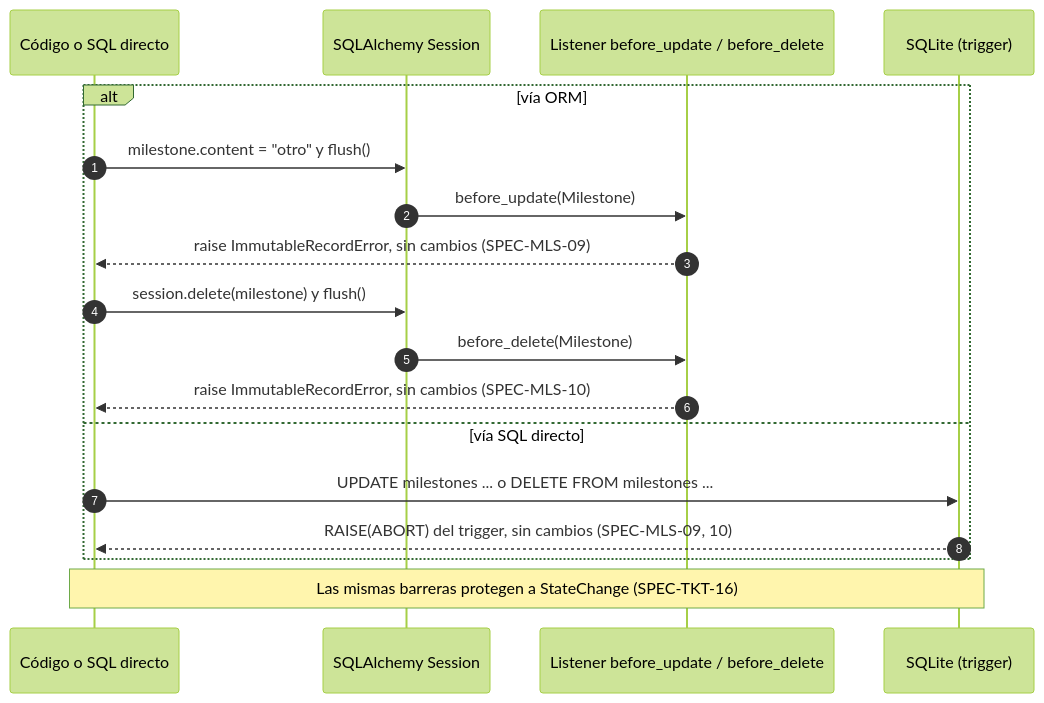
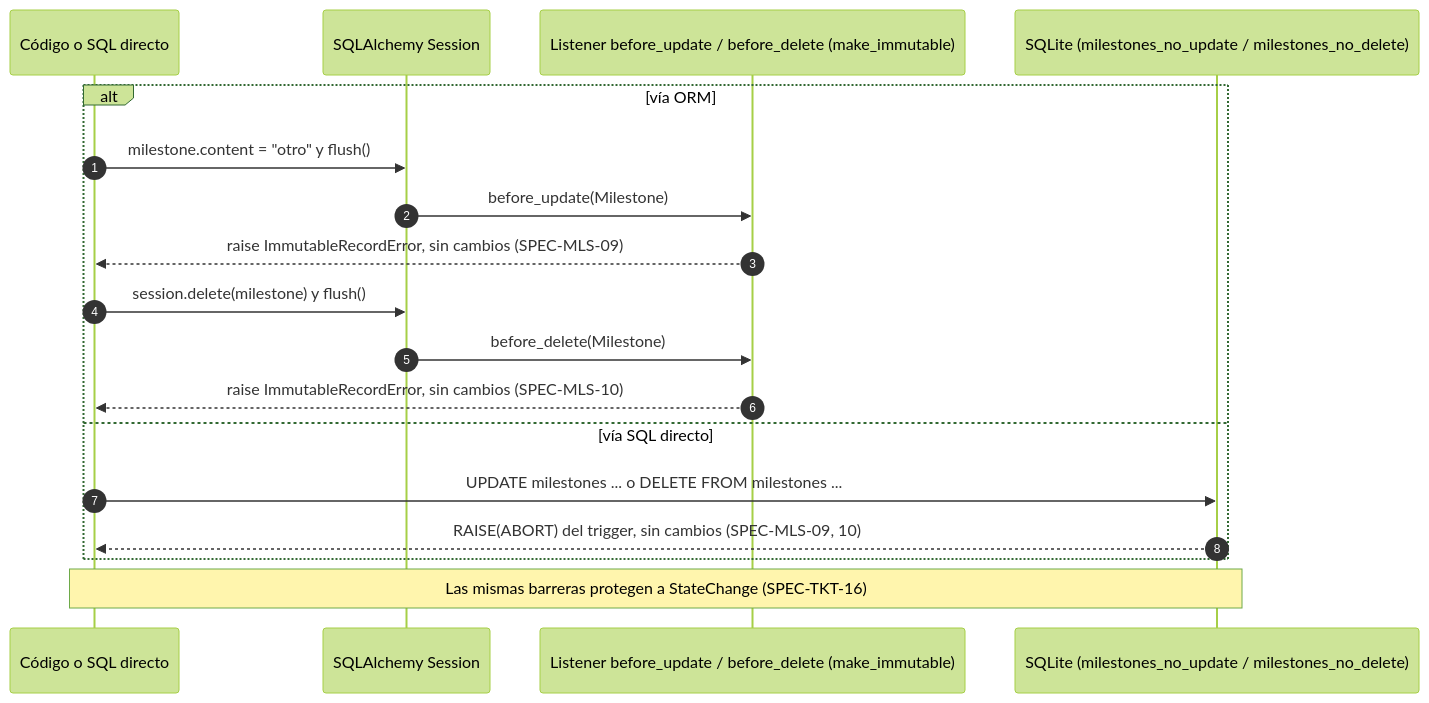
One commit to Diazfe-dev/AyED-III-python-ticket-service changed the fourth of 4 diagrams in diagrams/sequences/05-milestones.md. Above: the diagram before and after it, drawn with Mermaid (forest theme). The commit also changed other lines of this file and 5 other files, not shown here.

First line of the commit message:
docs(milestone): sync diagrams, AGENTS.md and MEMORY.md

````diff
--- a/diagrams/sequences/05-milestones.md
+++ b/diagrams/sequences/05-milestones.md
@@ -108,21 +151,21 @@
 ```mermaid
 sequenceDiagram
     autonumber
     participant X as Código o SQL directo
     participant ORM as SQLAlchemy Session
-    participant L as Listener before_update / before_delete
-    participant DB as SQLite (trigger)
+    participant L as Listener before_update / before_delete (make_immutable)
+    participant DB as SQLite (milestones_no_update / milestones_no_delete)
 
     alt vía ORM
         X->>ORM: milestone.content = "otro" y flush()
         ORM->>L: before_update(Milestone)
         L-->>X: raise ImmutableRecordError, sin cambios (SPEC-MLS-09)
         X->>ORM: session.delete(milestone) y flush()
         ORM->>L: before_delete(Milestone)
         L-->>X: raise ImmutableRecordError, sin cambios (SPEC-MLS-10)
     else vía SQL directo
         X->>DB: UPDATE milestones ... o DELETE FROM milestones ...
         DB-->>X: RAISE(ABORT) del trigger, sin cambios (SPEC-MLS-09, 10)
     end
     Note over X,DB: Las mismas barreras protegen a StateChange (SPEC-TKT-16)
 ```
````
